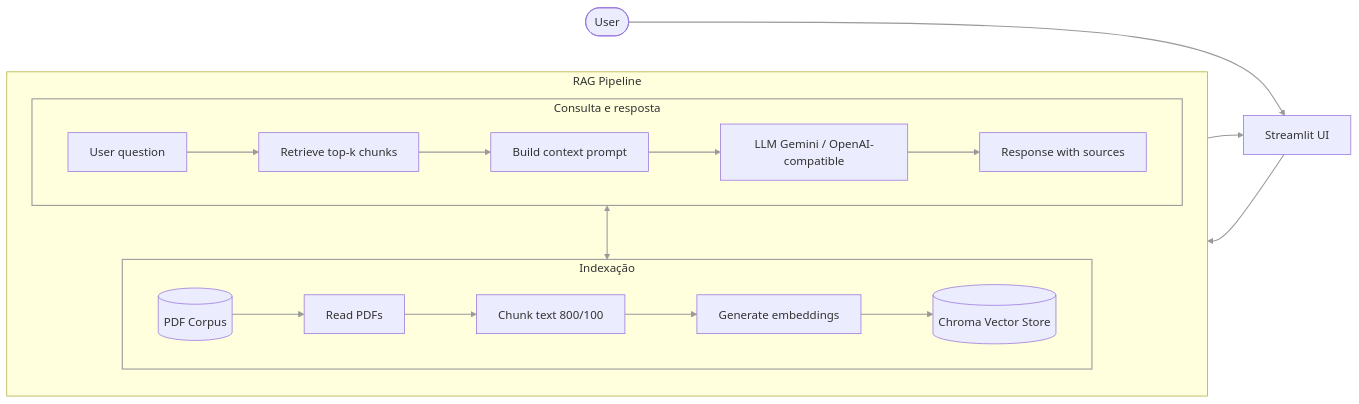
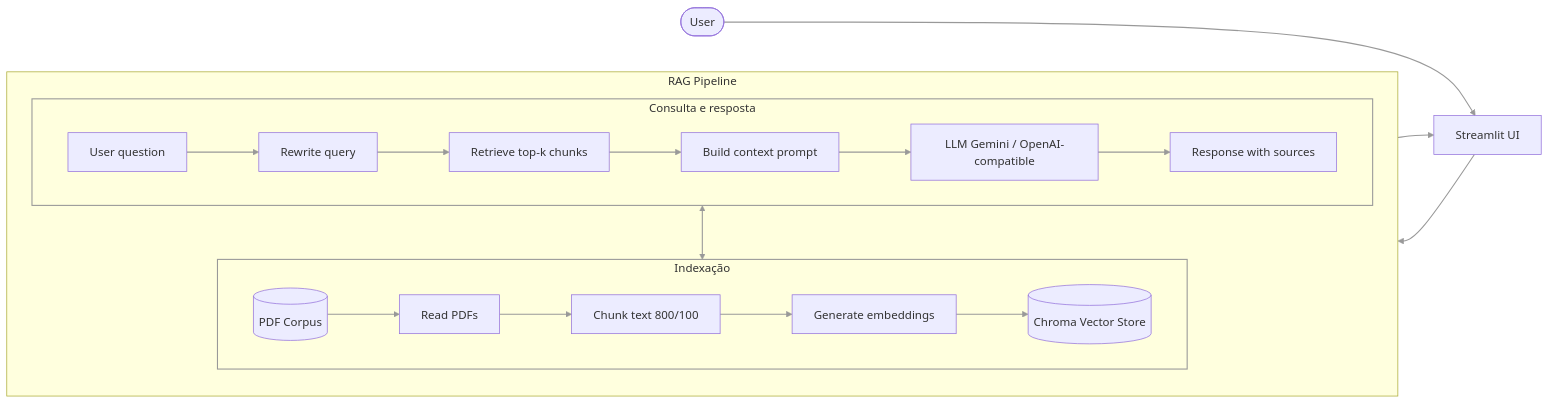
One commit to janasoliv/openbook-rag changed the diagram in README.md. Above: the diagram before and after it, drawn with Mermaid.

Commit message:
Atualiza README do projeto

````diff
--- a/README.md
+++ b/README.md
@@ -22,32 +22,33 @@
 ```mermaid
 flowchart LR
     USER([User]) --> UI[Streamlit UI]
     UI --> QUERY[User question]
 
     subgraph RAG[RAG Pipeline]
         direction TB
 
         subgraph INDEX[Indexação]
             direction LR
             PDFS[(PDF Corpus)] --> INGEST[Read PDFs]
             INGEST --> CHUNK[Chunk text 800/100]
             CHUNK --> EMBED[Generate embeddings]
             EMBED --> CHROMA[(Chroma Vector Store)]
         end
 
         subgraph ANSWER[Consulta e resposta]
             direction LR
-            QUERY --> RETRIEVE[Retrieve top-k chunks]
+            QUERY --> REWRITE[Rewrite query]
+            REWRITE --> RETRIEVE[Retrieve top-k chunks]
             RETRIEVE <--> CHROMA
             RETRIEVE --> PROMPT[Build context prompt]
             PROMPT --> LLM[LLM Gemini / OpenAI-compatible]
             LLM --> RESP[Response with sources]
         end
     end
 
     RESP --> UI
 
     style INDEX stroke:#999999,stroke-width:1.5px
     style ANSWER stroke:#999999,stroke-width:1.5px
     linkStyle default stroke:#999999,stroke-width:1.5px;
 ```
````
